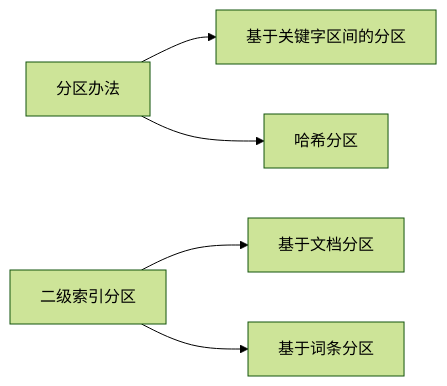
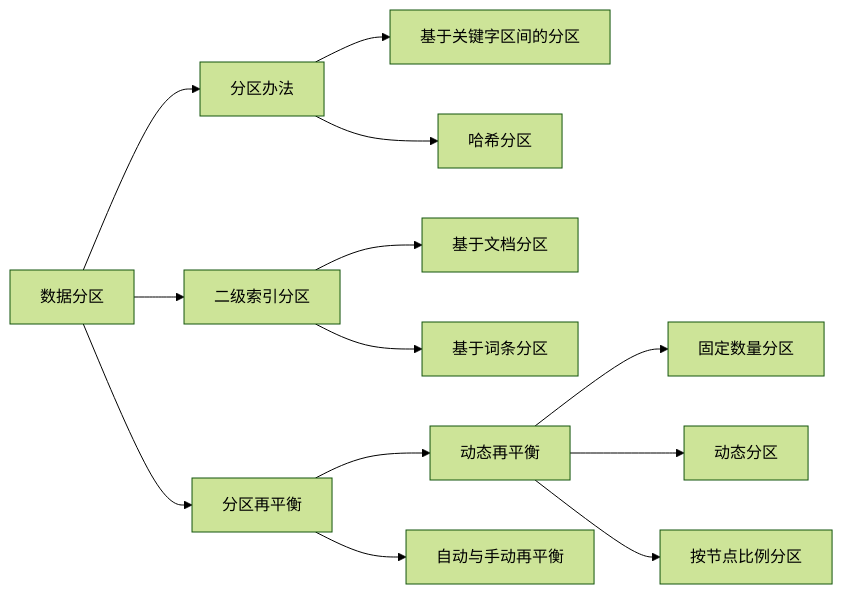
The second of 2 diagrams in _posts/2021-04-04-DDIA.md (czhWellOptimized/czhWellOptimized.github.io), drawn with Mermaid (forest theme) before and after one commit. The commit also changed other lines of this file, not shown here.

```diff
--- a/_posts/2021-04-04-DDIA.md
+++ b/_posts/2021-04-04-DDIA.md
@@ -34,7 +34,15 @@
 <div class="mermaid">    
 graph LR
+    数据分区-->分区办法
+    数据分区-->二级索引分区
+    数据分区-->分区再平衡
 	分区办法-->基于关键字区间的分区
     分区办法-->哈希分区
     二级索引分区-->基于文档分区
     二级索引分区-->基于词条分区
+    分区再平衡-->动态再平衡
+    分区再平衡-->自动与手动再平衡
+    动态再平衡-->固定数量分区
+    动态再平衡-->动态分区
+    动态再平衡-->按节点比例分区
 </div>
```
